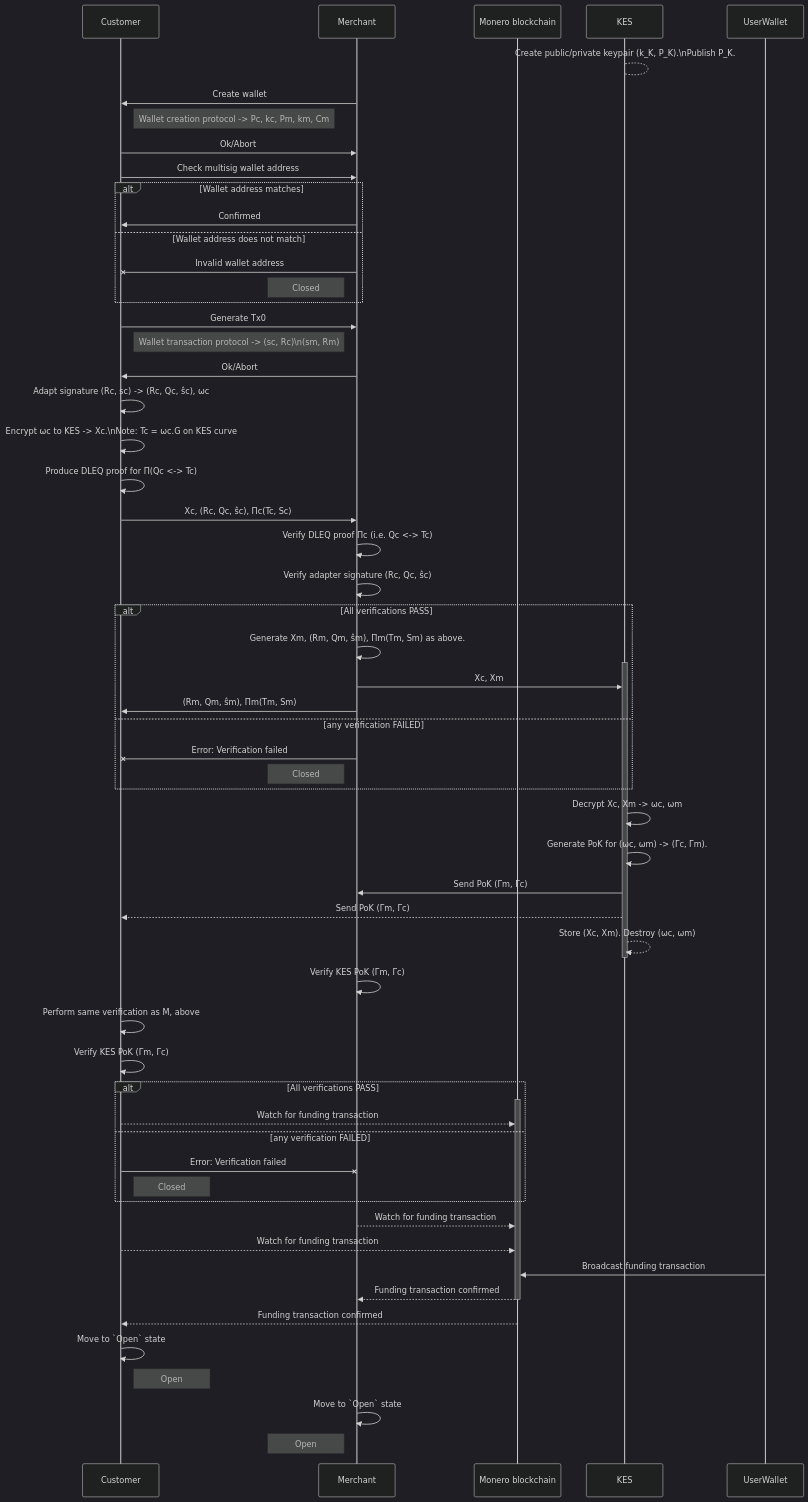
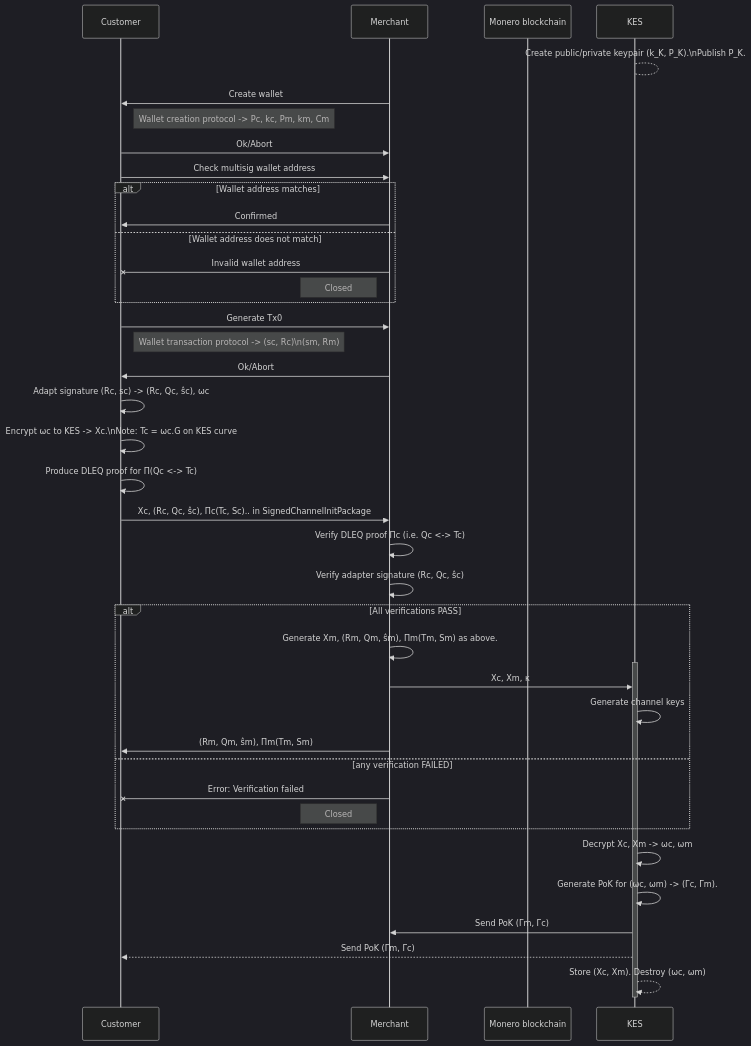
One commit to grease-xmr/grease changed the first of 2 diagrams in docs/diagrams/establish_channel_sequence.md. Above: the diagram before and after it, drawn with Mermaid (dark theme). The commit also changed 19 other files, not shown here.

````diff
--- a/docs/diagrams/establish_channel_sequence.md
+++ b/docs/diagrams/establish_channel_sequence.md
@@ -1,73 +1,49 @@
 ```mermaid
 sequenceDiagram
     participant C as Customer
     participant M as Merchant
     participant L1 as Monero blockchain
     participant KES as KES
 
     KES-->KES: Create public/private keypair (k_K, P_K).\nPublish P_K.
     M->>C: Create wallet
     note right of C: Wallet creation protocol -> Pc, kc, Pm, km, Cm
     C->>M: Ok/Abort
 
     C->>M: Check multisig wallet address
     alt Wallet address matches
         M->>C: Confirmed
     else Wallet address does not match
         M-xC: Invalid wallet address
         note left of M: Closed
     end
 
     C->>M: Generate Tx0
     note right of C: Wallet transaction protocol -> (sc, Rc)\n(sm, Rm)
     M->>C: Ok/Abort
     
     C->>C: Adapt signature (Rc, sc) -> (Rc, Qc, ŝc), ωc
     C->>C: Encrypt ωc to KES -> Xc.\nNote: Tc = ωc.G on KES curve
     C->>C: Produce DLEQ proof for Π(Qc <-> Tc) 
-    C->>M: Χc, (Rc, Qc, ŝc), Πc(Tc, Sc)
+    C->>M: Χc, (Rc, Qc, ŝc), Πc(Tc, Sc).. in SignedChannelInitPackage
     
     M->>M: Verify DLEQ proof Πc (i.e. Qc <-> Tc)
     M->>M: Verify adapter signature (Rc, Qc, ŝc)
     alt All verifications PASS
         M->>M: Generate Χm, (Rm, Qm, ŝm), Πm(Tm, Sm) as above.
         activate KES
-        M->>KES: Xc, Xm
+        M->>KES: Xc, Xm, κ
+        KES->>KES: Generate channel keys
         M->>C: (Rm, Qm, ŝm), Πm(Tm, Sm)
     else any verification FAILED
         M-xC: Error: Verification failed
         note left of M: Closed
     end
     
     KES->>KES: Decrypt Xc, Xm -> ωc, ωm
     KES->>KES: Generate PoK for (ωc, ωm) -> (Γc, Γm).
     KES->>M: Send PoK (Γm, Γc)
     KES-->>C: Send PoK (Γm, Γc)
     KES-->>KES: Store (Xc, Xm). Destroy (ωc, ωm)
     deactivate KES
-    
-    M->>M: Verify KES PoK (Γm, Γc)
-    C->>C: Perform same verification as M, above
-    C->>C: Verify KES PoK (Γm, Γc)
-    
-    alt All verifications PASS
-        activate L1
-        C-->>L1: Watch for funding transaction
-    else any verification FAILED
-        C-xM: Error: Verification failed
-        note right of C: Closed
-    end
-
-    M-->>L1: Watch for funding transaction
-    C-->>L1: Watch for funding transaction
-   
-    
-    UserWallet->>L1: Broadcast funding transaction
-    L1-->>M: Funding transaction confirmed
-    deactivate L1
-    L1-->>C: Funding transaction confirmed
-    C->>C: Move to `Open` state
-    note right of C: Open
-    M->>M: Move to `Open` state
-    note left of M: Open
 ```
````
